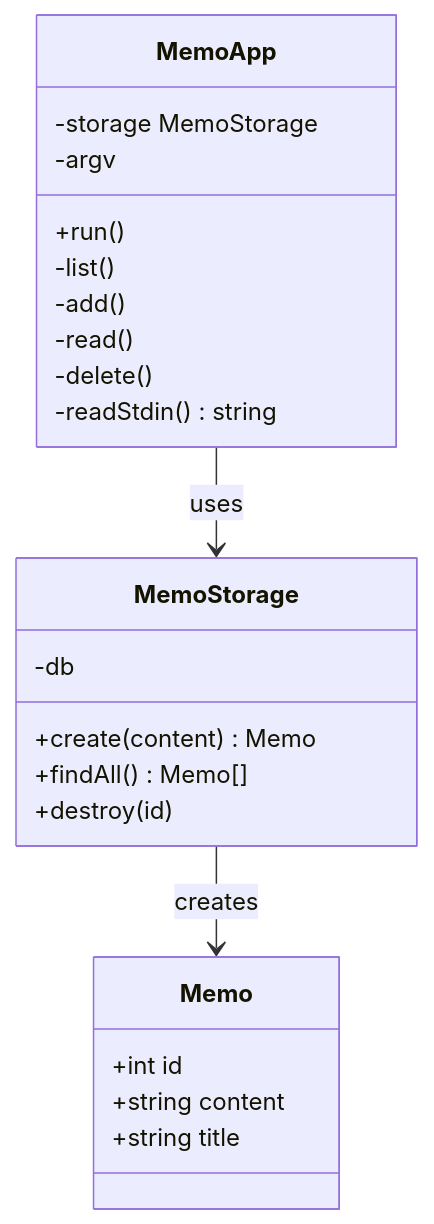
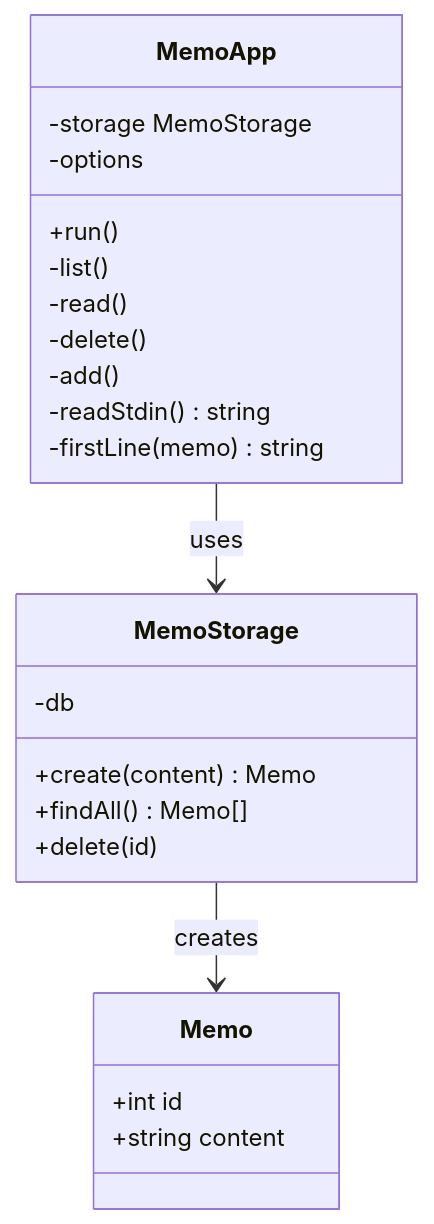
The diagram in 04.class/mermaid.md (oyamairishitomi/js-practices), drawn with Mermaid before and after one commit.

Commit message:
mermaid.mdをコードの現状(delete/options/firstLine/定義順)に同期

````diff
--- a/04.class/mermaid.md
+++ b/04.class/mermaid.md
@@ -1,29 +1,29 @@
 ```mermaid
 classDiagram
   class Memo {
     +int id
     +string content
-    +string title
   }
 
   class MemoStorage {
     -db
     +create(content) Memo
     +findAll() Memo[]
-    +destroy(id)
+    +delete(id)
   }
 
   class MemoApp {
     -storage MemoStorage
-    -argv
+    -options
     +run()
     -list()
-    -add()
     -read()
     -delete()
+    -add()
     -readStdin() string
+    -firstLine(memo) string
   }
 
   MemoApp --> MemoStorage : uses
   MemoStorage --> Memo : creates
 ```
````
